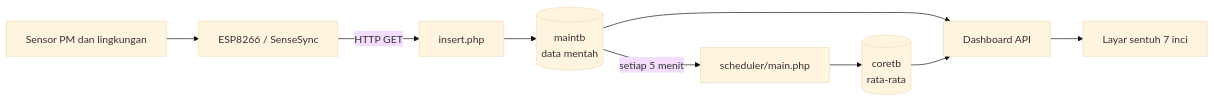
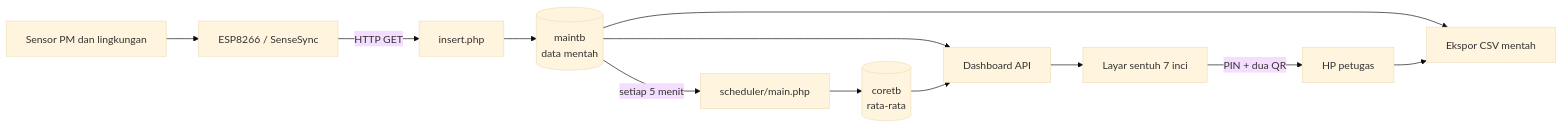
The diagram in README.md (rusli3/aqms-portable), drawn with Mermaid (base theme) before and after one commit. The commit also changed other lines of this file and 18 other files, not shown here.

````diff
--- a/README.md
+++ b/README.md
@@ -43,11 +45,14 @@
 ```mermaid
 flowchart LR
     A[Sensor PM dan lingkungan] --> B[ESP8266 / SenseSync]
     B -->|HTTP GET| C[insert.php]
     C --> D[(maintb\ndata mentah)]
     D -->|setiap 5 menit| E[scheduler/main.php]
     E --> F[(coretb\nrata-rata)]
     D --> G[Dashboard API]
     F --> G
     G --> H[Layar sentuh 7 inci]
+    D --> I[Ekspor CSV mentah]
+    H -->|PIN + dua QR| J[HP petugas]
+    J --> I
 ```
````
